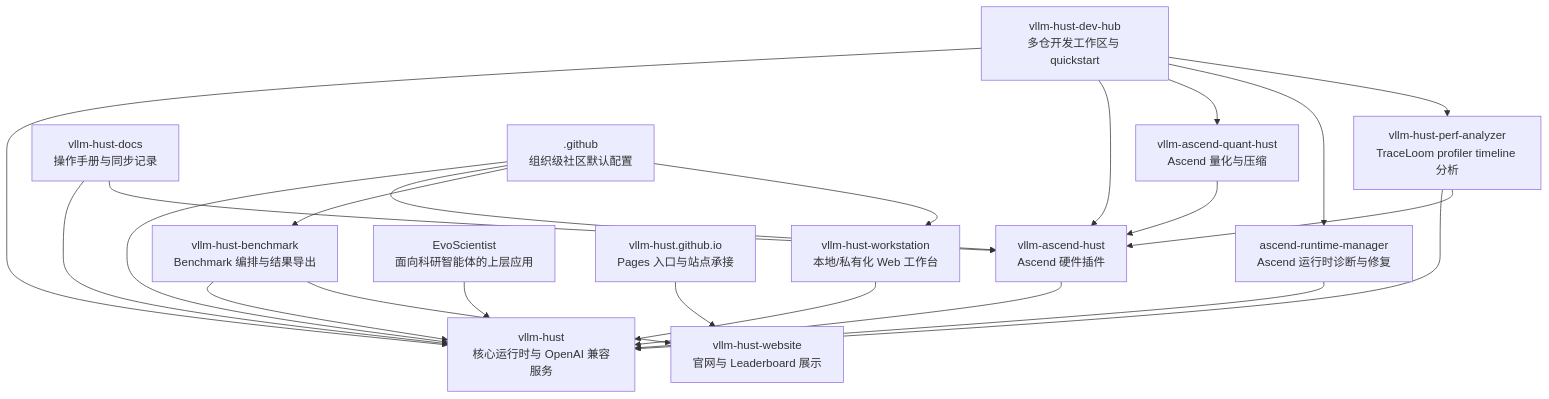
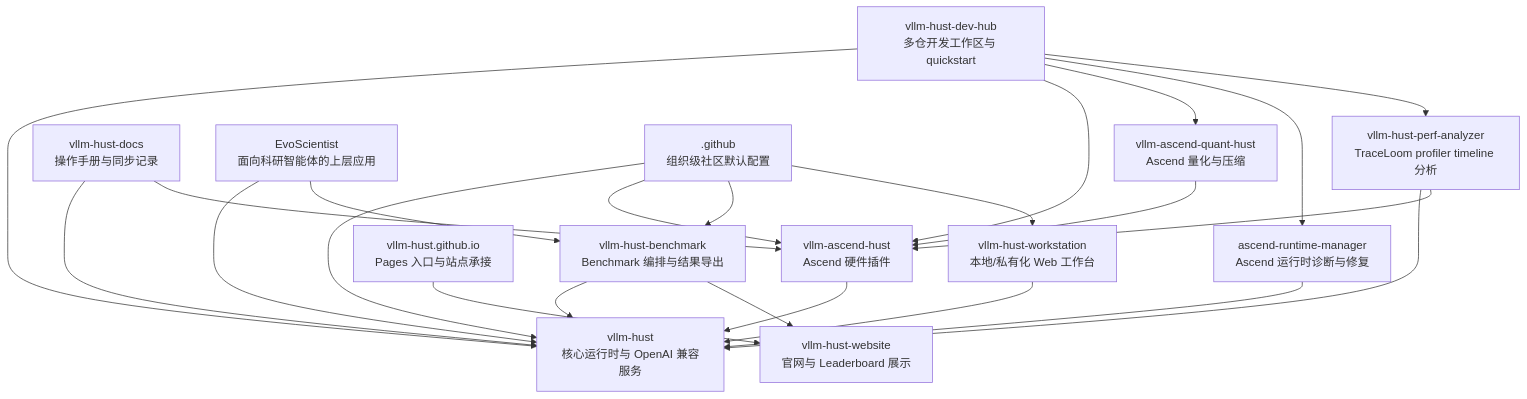
Before and after one commit to vLLM-HUST/.github: the diagram in profile/README.md, drawn with Mermaid. The commit also changed other lines of this file, not shown here.

````diff
--- a/profile/README.md
+++ b/profile/README.md
@@ -72,38 +123,39 @@
 ```mermaid
 flowchart TD
     A[vllm-hust\n核心运行时与 OpenAI 兼容服务]
     B[vllm-ascend-hust\nAscend 硬件插件]
     C[vllm-ascend-quant-hust\nAscend 量化与压缩]
     D[ascend-runtime-manager\nAscend 运行时诊断与修复]
     E[vllm-hust-dev-hub\n多仓开发工作区与 quickstart]
     F[vllm-hust-benchmark\nBenchmark 编排与结果导出]
     G[vllm-hust-website\n官网与 Leaderboard 展示]
     H[vllm-hust-workstation\n本地/私有化 Web 工作台]
     I[vllm-hust-docs\n操作手册与同步记录]
     J[EvoScientist\n面向科研智能体的上层应用]
     K[.github\n组织级社区默认配置]
     L[vllm-hust.github.io\nPages 入口与站点承接]
     M[vllm-hust-perf-analyzer\nTraceLoom profiler timeline 分析]
 
     B --> A
     C --> B
     D --> A
     E --> A
     E --> B
     E --> C
     E --> D
     E --> M
     F --> A
     F --> G
     H --> A
     I --> A
     I --> B
     J --> A
+    J --> F
     K --> A
     K --> B
     K --> F
     K --> H
     L --> G
     M --> A
     M --> B
 ```
````
